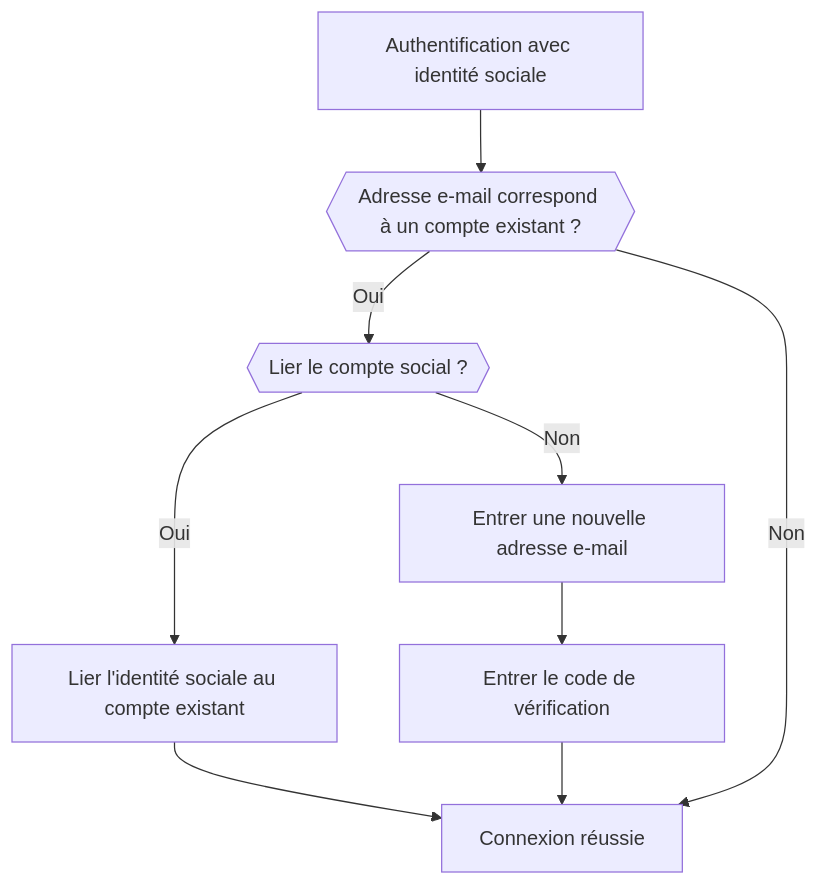
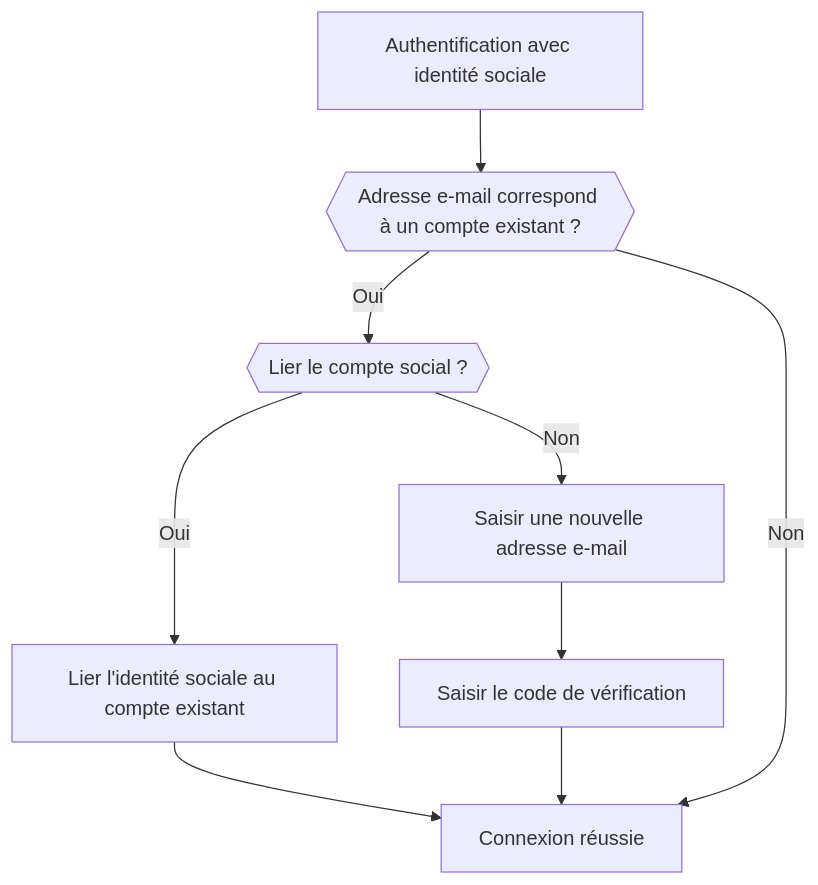
The fifth of 5 diagrams in i18n/fr/docusaurus-plugin-content-docs/current/end-user-flows/sign-up-and-sign-in/social-sign-in.mdx (logto-io/docs), drawn with Mermaid before and after one commit. The commit also changed other lines of this file and 234 other files, not shown here.

````diff
--- a/i18n/fr/docusaurus-plugin-content-docs/current/end-user-flows/sign-up-and-sign-in/social-sign-in.mdx
+++ b/i18n/fr/docusaurus-plugin-content-docs/current/end-user-flows/sign-up-and-sign-in/social-sign-in.mdx
@@ -149,11 +149,11 @@
    ```mermaid
       flowchart TD
        A[Authentification avec identité sociale] --> B{{Adresse e-mail correspond à un compte existant ?}}
        B -- Oui --> C{{Lier le compte social ?}}
        C -- Oui --> D[Lier l'identité sociale au compte existant]
        D --> E[Connexion réussie]
-       C -- Non --> F[Entrer une nouvelle adresse e-mail]
-       F --> G[Entrer le code de vérification]
+       C -- Non --> F[Saisir une nouvelle adresse e-mail]
+       F --> G[Saisir le code de vérification]
        G --> E
        B -- Non --> E
    ```
````
